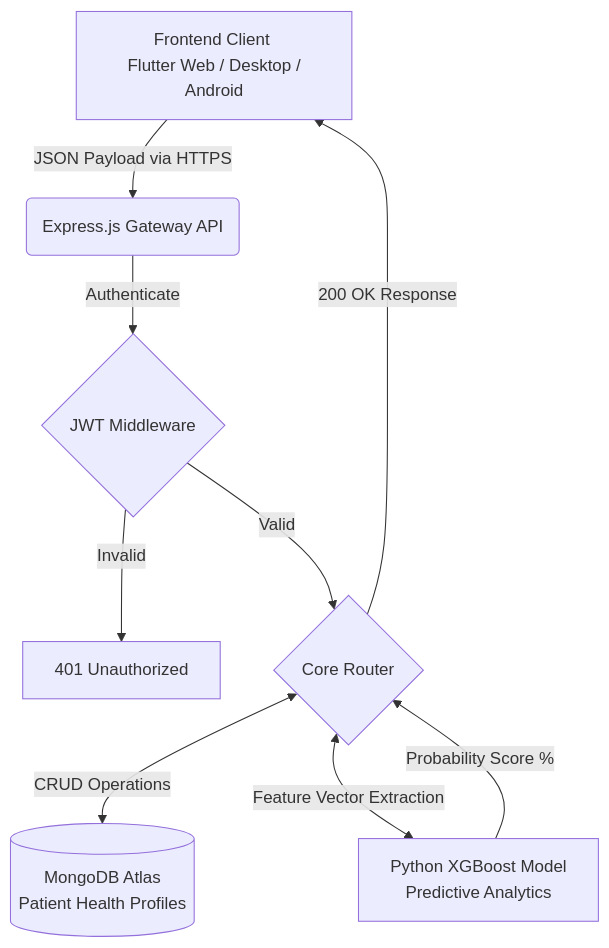
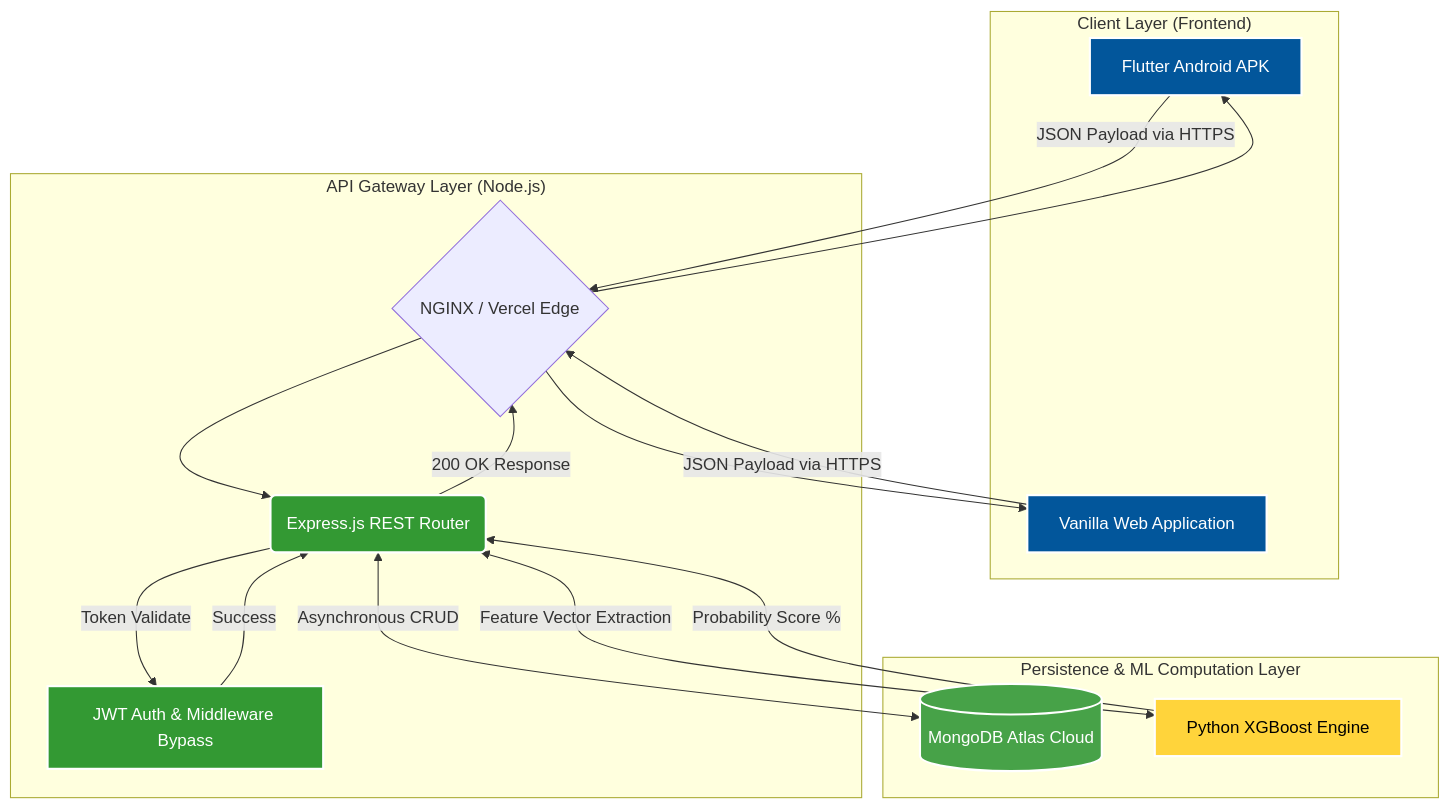
Before and after one commit to sathishr-ai/heartsafe-backend: the diagram in README.md, drawn with Mermaid. The commit also changed other lines of this file, not shown here.

Commit message:
Update Framework: Dynamic Architecture & App Output Placeholders

````diff
--- a/README.md
+++ b/README.md
@@ -48,14 +64,38 @@
 ```mermaid
 graph TD
-    UI[Frontend Client <br/> Flutter Web / Desktop / Android] -->|JSON Payload via HTTPS| API(Express.js Gateway API)
+    classDef frontend fill:#02569B,stroke:#fff,stroke-width:2px,color:#fff;
+    classDef nodejs fill:#339933,stroke:#fff,stroke-width:2px,color:#fff;
+    classDef python fill:#FFD43B,stroke:#fff,stroke-width:2px,color:#000;
+    classDef db fill:#47A248,stroke:#fff,stroke-width:2px,color:#fff;
+
+    subgraph "Client Layer (Frontend)"
+        A[Flutter Android APK]:::frontend
+        B[Vanilla Web Application]:::frontend
+    end
+
+    subgraph "API Gateway Layer (Node.js)"
+        C{NGINX / Vercel Edge}
+        D(Express.js REST Router):::nodejs
+        E[JWT Auth & Middleware Bypass]:::nodejs
+    end
+
+    subgraph "Persistence & ML Computation Layer"
+        F[(MongoDB Atlas Cloud)]:::db
+        G[Python XGBoost Engine]:::python
+    end
+
+    A -->|JSON Payload via HTTPS| C
+    B -->|JSON Payload via HTTPS| C
+    C --> D
     
-    API -->|Authenticate| JWT{JWT Middleware}
-    JWT -- Invalid --> 401[401 Unauthorized]
-    JWT -- Valid --> Router{Core Router}
+    D -->|Token Validate| E
+    E -- Success --> D
     
-    Router <-->|CRUD Operations| DB[(MongoDB Atlas <br/> Patient Health Profiles)]
-    Router <-->|Feature Vector Extraction| MLE[Python XGBoost Model <br/> Predictive Analytics]
+    D <-->|Asynchronous CRUD| F
+    D <-->|Feature Vector Extraction| G
     
-    MLE -->|Probability Score %| Router
-    Router -->|200 OK Response| UI
+    G -->|Probability Score %| D
+    D -->|200 OK Response| C
+    C --> A
+    C --> B
 ```
````
